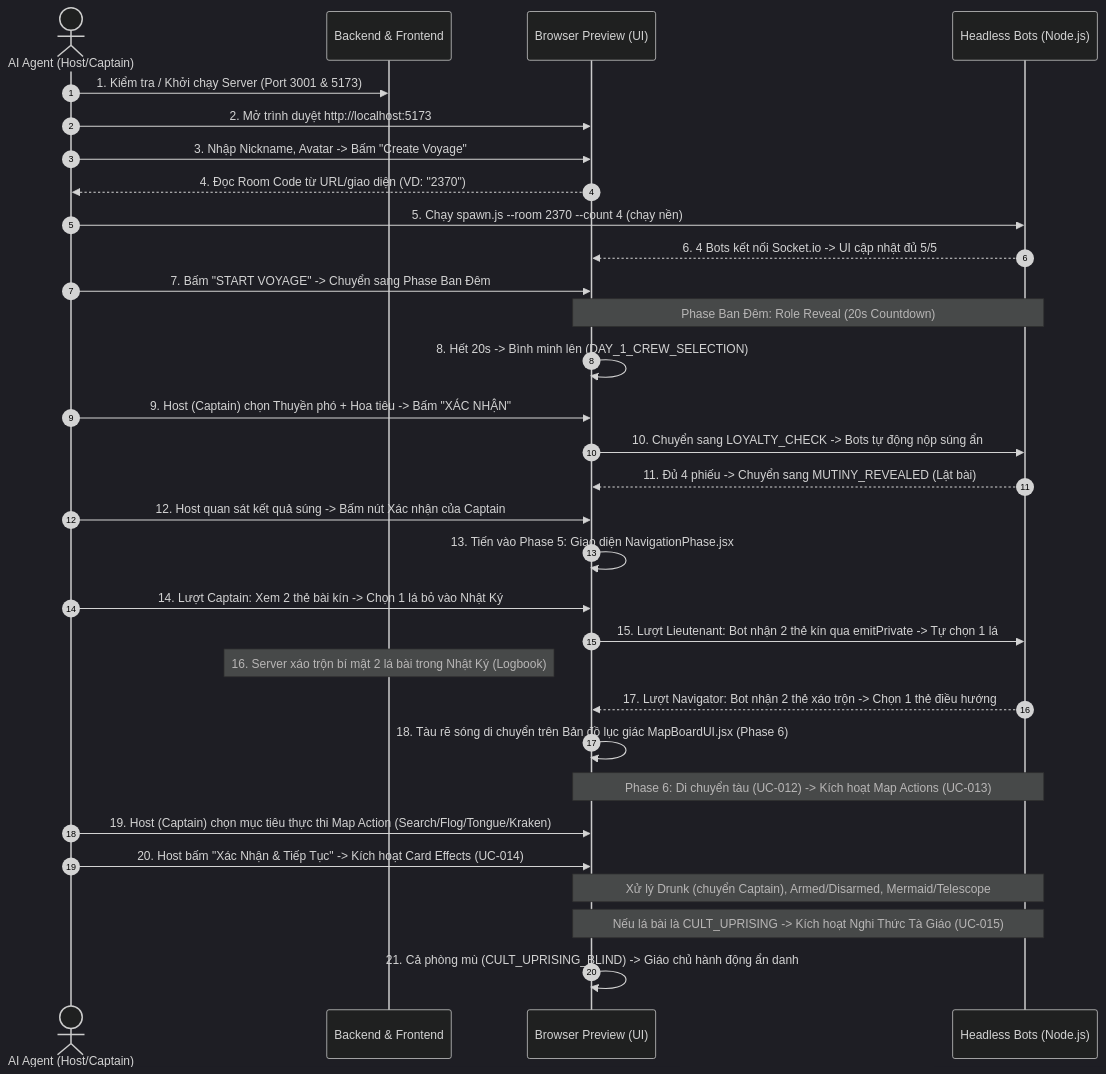
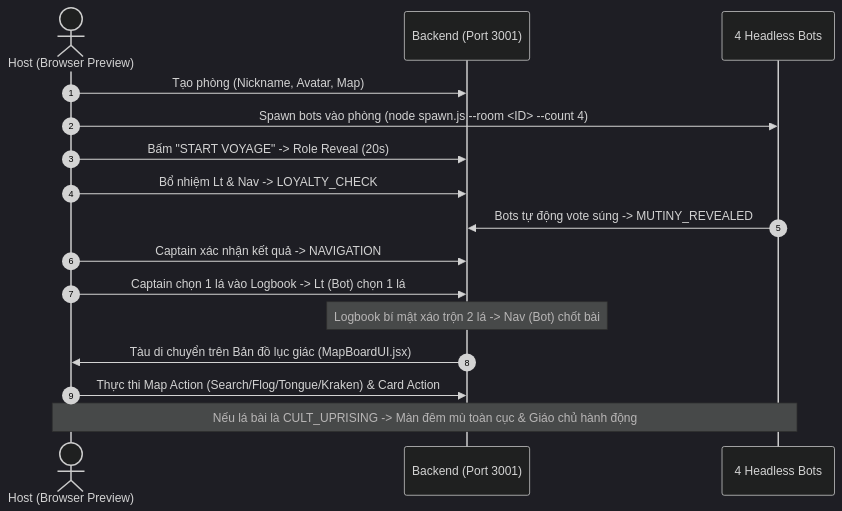
The diagram in .agents/workflows/e2e-testing.md (tiendat2411/feed-the-kraken), drawn with Mermaid (dark theme) before and after one commit. The commit also changed other lines of this file and 7 other files, not shown here.

````diff
--- a/.agents/workflows/e2e-testing.md
+++ b/.agents/workflows/e2e-testing.md
@@ -17,34 +16,19 @@
 ```mermaid
 sequenceDiagram
     autonumber
-    actor AI as AI Agent (Host/Captain)
-    participant Srv as Backend & Frontend
-    participant Browser as Browser Preview (UI)
-    participant Bots as Headless Bots (Node.js)
+    actor Host as Host (Browser Preview)
+    participant Srv as Backend (Port 3001)
+    participant Bots as 4 Headless Bots
     
-    AI->>Srv: 1. Kiểm tra / Khởi chạy Server (Port 3001 & 5173)
-    AI->>Browser: 2. Mở trình duyệt http://localhost:5173
-    AI->>Browser: 3. Nhập Nickname, Avatar -> Bấm "Create Voyage"
-    Browser-->>AI: 4. Đọc Room Code từ URL/giao diện (VD: "2370")
-    AI->>Bots: 5. Chạy spawn.js --room 2370 --count 4 (chạy nền)
-    Bots-->>Browser: 6. 4 Bots kết nối Socket.io -> UI cập nhật đủ 5/5
-    AI->>Browser: 7. Bấm "START VOYAGE" -> Chuyển sang Phase Ban Đêm
-    Note over Browser,Bots: Phase Ban Đêm: Role Reveal (20s Countdown)
-    Browser->>Browser: 8. Hết 20s -> Bình minh lên (DAY_1_CREW_SELECTION)
-    AI->>Browser: 9. Host (Captain) chọn Thuyền phó + Hoa tiêu -> Bấm "XÁC NHẬN"
-    Browser->>Bots: 10. Chuyển sang LOYALTY_CHECK -> Bots tự động nộp súng ẩn
-    Bots-->>Browser: 11. Đủ 4 phiếu -> Chuyển sang MUTINY_REVEALED (Lật bài)
-    AI->>Browser: 12. Host quan sát kết quả súng -> Bấm nút Xác nhận của Captain
-    Browser->>Browser: 13. Tiến vào Phase 5: Giao diện NavigationPhase.jsx
-    AI->>Browser: 14. Lượt Captain: Xem 2 thẻ bài kín -> Chọn 1 lá bỏ vào Nhật Ký
-    Browser->>Bots: 15. Lượt Lieutenant: Bot nhận 2 thẻ kín qua emitPrivate -> Tự chọn 1 lá
-    Note over Srv: 16. Server xáo trộn bí mật 2 lá bài trong Nhật Ký (Logbook)
-    Bots-->>Browser: 17. Lượt Navigator: Bot nhận 2 thẻ xáo trộn -> Chọn 1 thẻ điều hướng
-    Browser->>Browser: 18. Tàu rẽ sóng di chuyển trên Bản đồ lục giác MapBoardUI.jsx (Phase 6)
-    Note over Browser,Bots: Phase 6: Di chuyển tàu (UC-012) -> Kích hoạt Map Actions (UC-013)
-    AI->>Browser: 19. Host (Captain) chọn mục tiêu thực thi Map Action (Search/Flog/Tongue/Kraken)
-    AI->>Browser: 20. Host bấm "Xác Nhận & Tiếp Tục" -> Kích hoạt Card Effects (UC-014)
-    Note over Browser,Bots: Xử lý Drunk (chuyển Captain), Armed/Disarmed, Mermaid/Telescope
-    Note over Browser,Bots: Nếu lá bài là CULT_UPRISING -> Kích hoạt Nghi Thức Tà Giáo (UC-015)
-    Browser->>Browser: 21. Cả phòng mù (CULT_UPRISING_BLIND) -> Giáo chủ hành động ẩn danh
+    Host->>Srv: Tạo phòng (Nickname, Avatar, Map)
+    Host->>Bots: Spawn bots vào phòng (node spawn.js --room <ID> --count 4)
+    Host->>Srv: Bấm "START VOYAGE" -> Role Reveal (20s)
+    Host->>Srv: Bổ nhiệm Lt & Nav -> LOYALTY_CHECK
+    Bots->>Srv: Bots tự động vote súng -> MUTINY_REVEALED
+    Host->>Srv: Captain xác nhận kết quả -> NAVIGATION
+    Host->>Srv: Captain chọn 1 lá vào Logbook -> Lt (Bot) chọn 1 lá
+    Note over Srv: Logbook bí mật xáo trộn 2 lá -> Nav (Bot) chốt bài
+    Srv->>Host: Tàu di chuyển trên Bản đồ lục giác (MapBoardUI.jsx)
+    Host->>Srv: Thực thi Map Action (Search/Flog/Tongue/Kraken) & Card Action
+    Note over Host,Bots: Nếu lá bài là CULT_UPRISING -> Màn đêm mù toàn cục & Giáo chủ hành động
 ```
````
